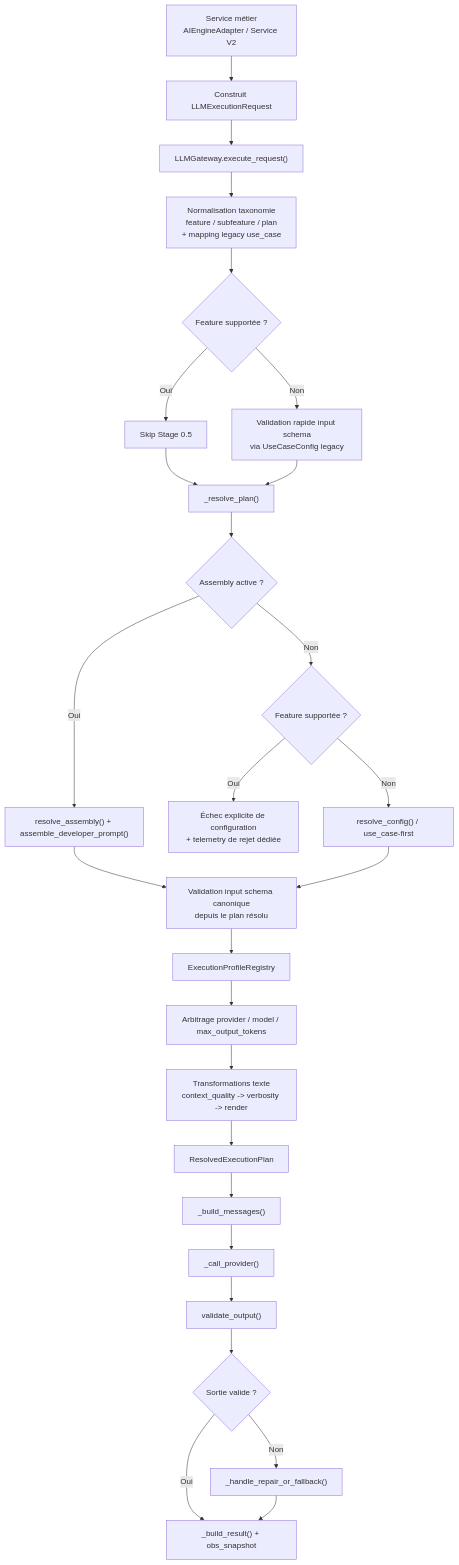
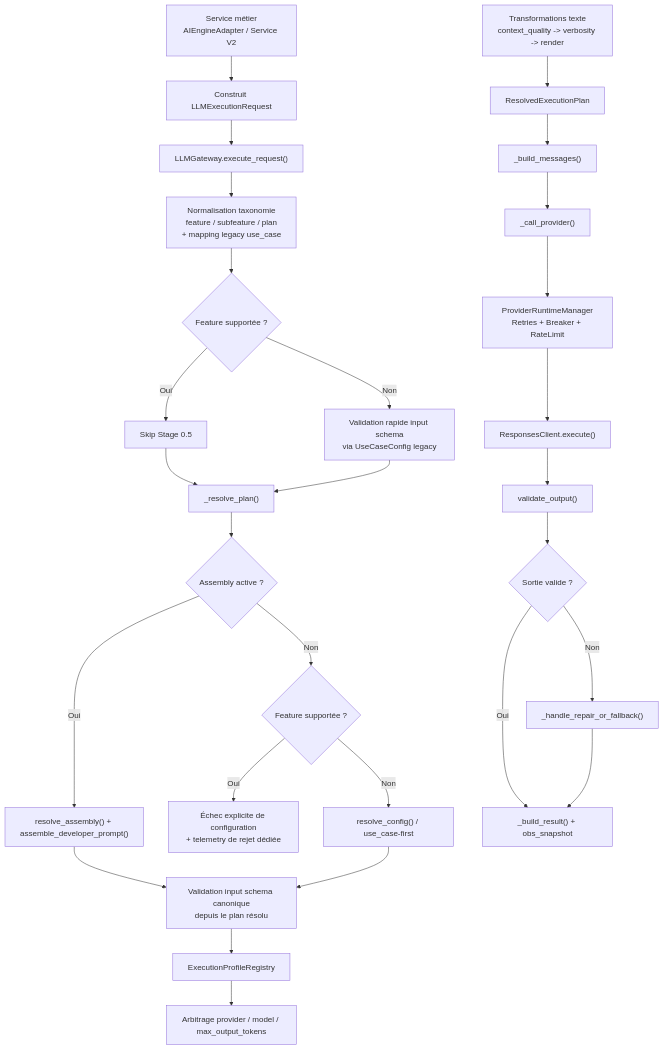
The first of 6 diagrams in docs/llm-prompt-generation-by-feature.md (daconrilcy/horoscope_front), drawn with Mermaid before and after one commit. The commit also changed other lines of this file and 22 other files, not shown here.

Commit message:
fix(llm): harden openai provider runtime

````diff
--- a/docs/llm-prompt-generation-by-feature.md
+++ b/docs/llm-prompt-generation-by-feature.md
@@ -60,32 +60,35 @@
 ```mermaid
 flowchart TD
     A["Service métier<br/>AIEngineAdapter / Service V2"] --> B["Construit LLMExecutionRequest"]
     B --> C["LLMGateway.execute_request()"]
     C --> D["Normalisation taxonomie<br/>feature / subfeature / plan<br/>+ mapping legacy use_case"]
     D --> E{"Feature supportée ?"}
     E -->|Oui| F["Skip Stage 0.5"]
     E -->|Non| G["Validation rapide input schema<br/>via UseCaseConfig legacy"]
     F --> H["_resolve_plan()"]
     G --> H
 
     H --> I{"Assembly active ?"}
     I -->|Oui| J["resolve_assembly() + assemble_developer_prompt()"]
     I -->|Non| K{"Feature supportée ?"}
     K -->|Oui| L["Échec explicite de configuration<br/>+ telemetry de rejet dédiée"]
     K -->|Non| M["resolve_config() / use_case-first"]
 
     J --> N["Validation input schema canonique<br/>depuis le plan résolu"]
     M --> N
 
     N --> O["ExecutionProfileRegistry"]
     O --> P["Arbitrage provider / model / max_output_tokens"]
-    P --> Q["Transformations texte<br/>context_quality -> verbosity -> render"]
+    Q["Transformations texte<br/>context_quality -> verbosity -> render"]
     Q --> R["ResolvedExecutionPlan"]
     R --> S["_build_messages()"]
     S --> T["_call_provider()"]
-    T --> U["validate_output()"]
+    T --> T1["ProviderRuntimeManager<br/>Retries + Breaker + RateLimit"]
+    T1 --> T2["ResponsesClient.execute()"]
+    T2 --> U["validate_output()"]
+
     U --> V{"Sortie valide ?"}
     V -->|Oui| W["_build_result() + obs_snapshot"]
     V -->|Non| X["_handle_repair_or_fallback()"]
     X --> W
 ```
````
